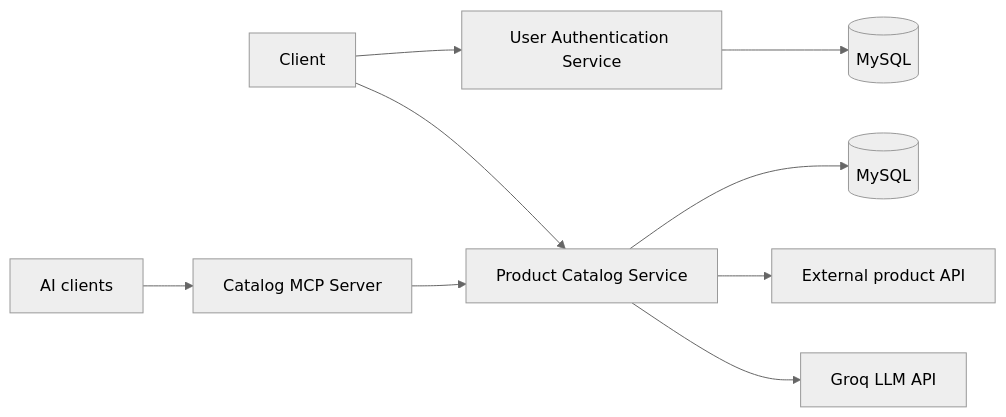
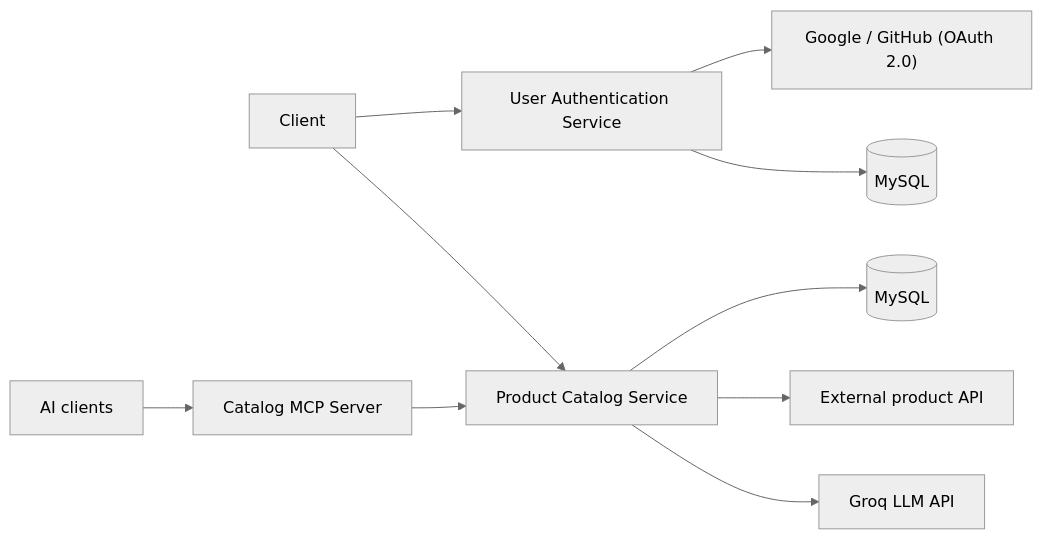
One commit to abhijeet-00/Shop-Nest changed the diagram in README.md. Above: the diagram before and after it, drawn with Mermaid (neutral theme). The commit also changed other lines of this file, not shown here.

First line of the commit message:
Enhance README with OAuth 2.0 and JWT details

````diff
--- a/README.md
+++ b/README.md
@@ -19,11 +19,12 @@
 ```mermaid
 flowchart LR
     Client --> Auth[User Authentication Service]
     Client --> Catalog[Product Catalog Service]
+    Auth --> IdP["Google / GitHub (OAuth 2.0)"]
     Auth --> DB1[(MySQL)]
     Catalog --> DB2[(MySQL)]
     Catalog --> Ext[External product API]
     Catalog --> LLM[Groq LLM API]
     MCP[Catalog MCP Server] --> Catalog
     AI[AI clients] --> MCP
 ```
````
